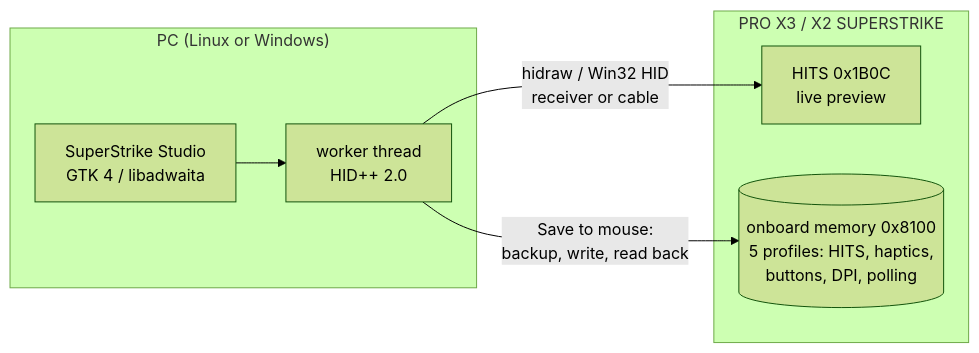
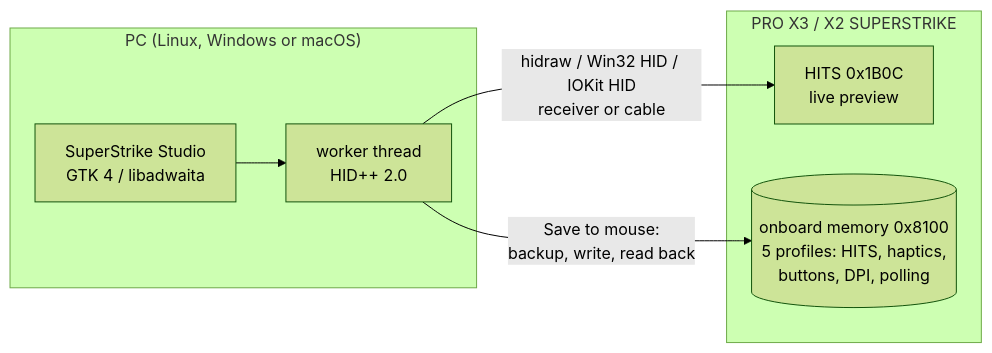
The diagram in README.md (Adhamura/superstrike-studio), drawn with Mermaid (forest theme) before and after one commit. The commit also changed other lines of this file and 18 other files, not shown here.

````diff
--- a/README.md
+++ b/README.md
@@ -218,14 +257,14 @@
 ```mermaid
 flowchart LR
-    subgraph pc ["PC (Linux or Windows)"]
+    subgraph pc ["PC (Linux, Windows or macOS)"]
         ui["SuperStrike Studio<br/>GTK 4 / libadwaita"]
         worker["worker thread<br/>HID++ 2.0"]
         ui --> worker
     end
     subgraph mouse ["PRO X3 / X2 SUPERSTRIKE"]
         hits["HITS 0x1B0C<br/>live preview"]
         mem[("onboard memory 0x8100<br/>5 profiles: HITS, haptics,<br/>buttons, DPI, polling")]
     end
-    worker -->|"hidraw / Win32 HID<br/>receiver or cable"| hits
+    worker -->|"hidraw / Win32 HID / IOKit HID<br/>receiver or cable"| hits
     worker -->|"Save to mouse:<br/>backup, write, read back"| mem
 ```
````
